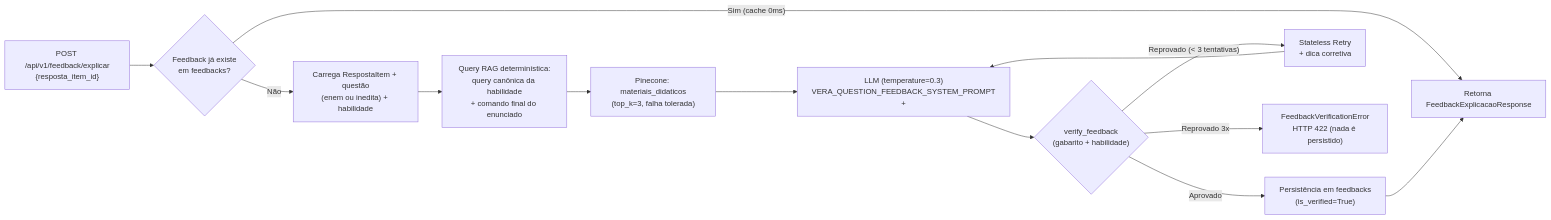
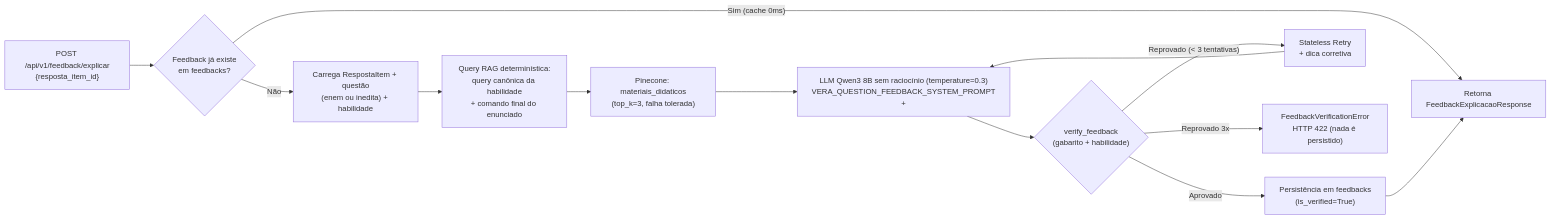
The diagram in docs/02-dominios-e-fluxos/feedback-pedagogico-item.md (burnesz/vera), drawn with Mermaid before and after one commit. The commit also changed other lines of this file and 1 other file, not shown here.

Commit message:
docs(feedback,chat): note the tutor model and the /api/generate payload fix

````diff
--- a/docs/02-dominios-e-fluxos/feedback-pedagogico-item.md
+++ b/docs/02-dominios-e-fluxos/feedback-pedagogico-item.md
@@ -33,14 +33,14 @@
 ```mermaid
 flowchart LR
     A["POST /api/v1/feedback/explicar\n{resposta_item_id}"] --> B{"Feedback já existe\nem feedbacks?"}
     B -- "Sim (cache 0ms)" --> Z["Retorna FeedbackExplicacaoResponse"]
     B -- "Não" --> C["Carrega RespostaItem + questão\n(enem ou inedita) + habilidade"]
     C --> D["Query RAG determinística:\nquery canônica da habilidade\n+ comando final do enunciado"]
     D --> E["Pinecone: materiais_didaticos\n(top_k=3, falha tolerada)"]
-    E --> F["LLM (temperature=0.3)\nVERA_QUESTION_FEEDBACK_SYSTEM_PROMPT\n<pensamento> + <resposta>"]
+    E --> F["LLM Qwen3 8B sem raciocínio (temperature=0.3)\nVERA_QUESTION_FEEDBACK_SYSTEM_PROMPT\n<pensamento> + <resposta>"]
     F --> V{"verify_feedback\n(gabarito + habilidade)"}
     V -- "Aprovado" --> G["Persistência em feedbacks\n(is_verified=True)"]
     V -- "Reprovado (< 3 tentativas)" --> R["Stateless Retry\n+ dica corretiva"] --> F
     V -- "Reprovado 3x" --> X["FeedbackVerificationError\nHTTP 422 (nada é persistido)"]
     G --> Z
 ```
````
